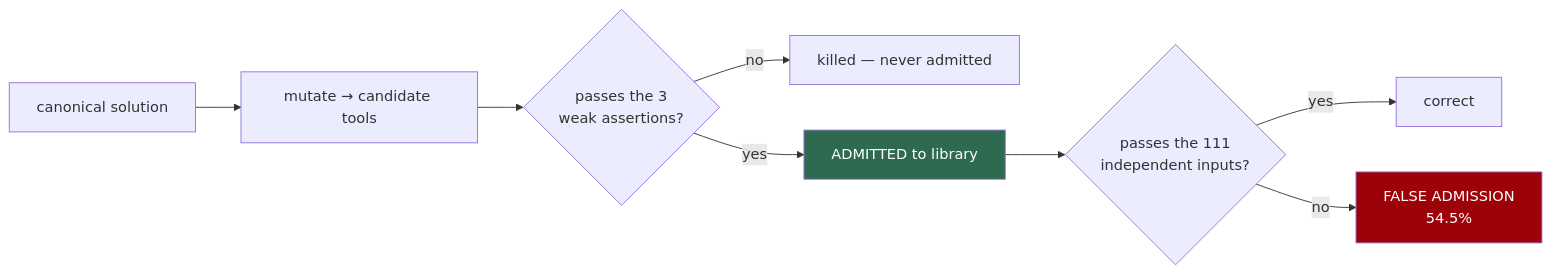
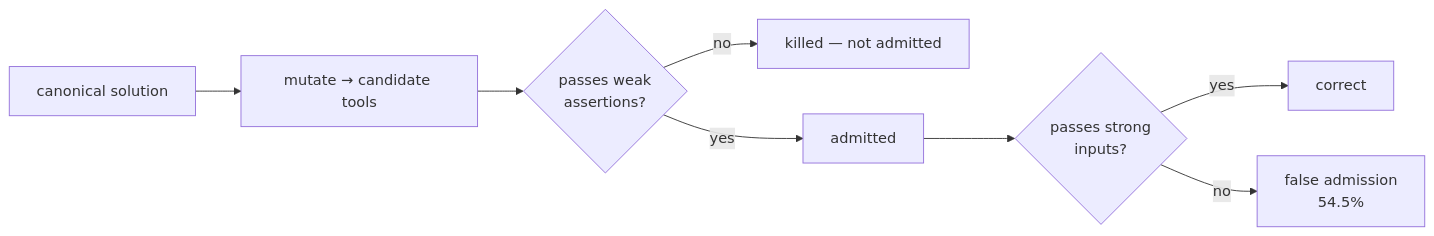
The diagram in README.md (haider-toha/Self-Engineering-Agent-Framework), drawn with Mermaid before and after one commit. The commit also changed other lines of this file and 77 other files, not shown here.

````diff
--- a/README.md
+++ b/README.md
@@ -68,12 +50,10 @@
 ```mermaid
 flowchart LR
     C["canonical solution"] --> M["mutate → candidate tools"]
-    M --> W{"passes the 3<br/>weak assertions?"}
-    W -->|no| K["killed — never admitted"]
-    W -->|yes| A["ADMITTED to library"]
-    A --> S{"passes the 111<br/>independent inputs?"}
+    M --> W{"passes weak<br/>assertions?"}
+    W -->|no| K["killed — not admitted"]
+    W -->|yes| A["admitted"]
+    A --> S{"passes strong<br/>inputs?"}
     S -->|yes| OK["correct"]
-    S -->|no| FA["FALSE ADMISSION<br/>54.5%"]
-    style FA fill:#9d0208,color:#fff
-    style A fill:#2d6a4f,color:#fff
+    S -->|no| FA["false admission<br/>54.5%"]
 ```
````
